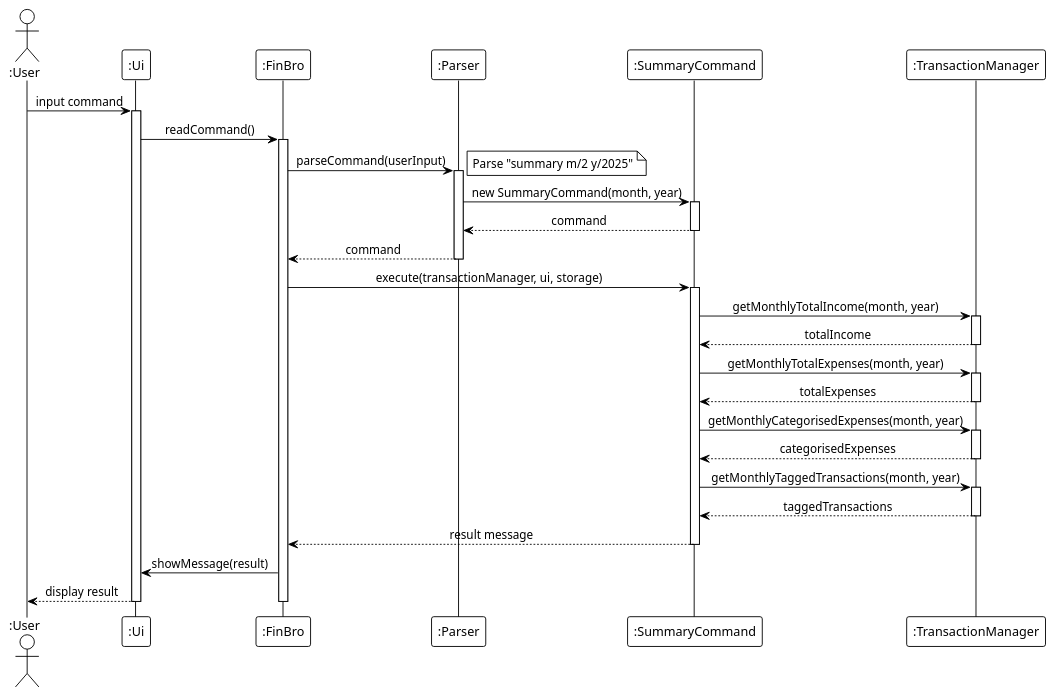
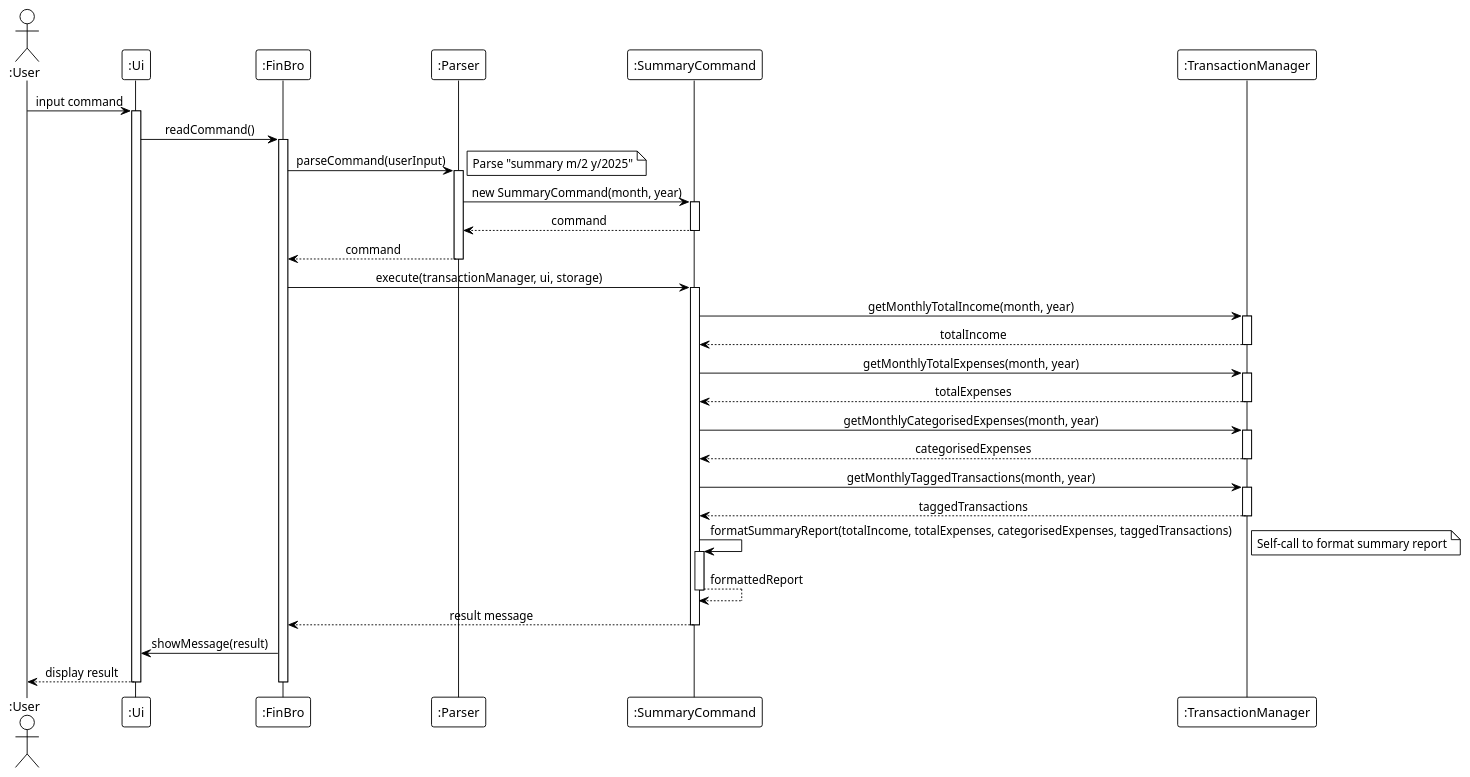
One commit to laitcanard05/tp changed diagram 17 of 20 in docs/DeveloperGuide.md. Above: the diagram before and after it, drawn with PlantUML. The commit also changed other lines of this file, not shown here.

Commit message:
Fix self-call issues

````diff
--- a/docs/DeveloperGuide.md
+++ b/docs/DeveloperGuide.md
@@ -1485,63 +1497,69 @@
 ```puml
 @startuml
 !theme plain
 skinparam sequenceMessageAlign center
 skinparam responseMessageBelowArrow true
 
 actor ":User" as User
 participant ":Ui" as UI
 participant ":FinBro" as FinBro
 participant ":Parser" as Parser
 participant ":SummaryCommand" as SummaryCommand
 participant ":TransactionManager" as TransactionMgr
 
 User -> UI : input command
 activate UI
 
 UI -> FinBro : readCommand()
 activate FinBro
 
 FinBro -> Parser : parseCommand(userInput)
 activate Parser
 note right: Parse "summary m/2 y/2025"
 
 Parser -> SummaryCommand : new SummaryCommand(month, year)
 activate SummaryCommand
 SummaryCommand --> Parser : command
 deactivate SummaryCommand
 Parser --> FinBro : command
 deactivate Parser
 
 FinBro -> SummaryCommand : execute(transactionManager, ui, storage)
 activate SummaryCommand
 
 SummaryCommand -> TransactionMgr : getMonthlyTotalIncome(month, year)
 activate TransactionMgr
 TransactionMgr --> SummaryCommand : totalIncome
 deactivate TransactionMgr
 
 SummaryCommand -> TransactionMgr : getMonthlyTotalExpenses(month, year)
 activate TransactionMgr
 TransactionMgr --> SummaryCommand : totalExpenses
 deactivate TransactionMgr
 
 SummaryCommand -> TransactionMgr : getMonthlyCategorisedExpenses(month, year)
 activate TransactionMgr
 TransactionMgr --> SummaryCommand : categorisedExpenses
 deactivate TransactionMgr
 
 SummaryCommand -> TransactionMgr : getMonthlyTaggedTransactions(month, year)
 activate TransactionMgr
 TransactionMgr --> SummaryCommand : taggedTransactions
 deactivate TransactionMgr
 
+SummaryCommand -> SummaryCommand : formatSummaryReport(totalIncome, totalExpenses, categorisedExpenses, taggedTransactions)
+activate SummaryCommand
+note right: Self-call to format summary report
+SummaryCommand --> SummaryCommand : formattedReport
+deactivate SummaryCommand
+
 SummaryCommand --> FinBro : result message
 deactivate SummaryCommand
 
 FinBro -> UI : showMessage(result)
 UI --> User : display result
 deactivate UI
 deactivate FinBro
 
 @enduml
 ```
````
